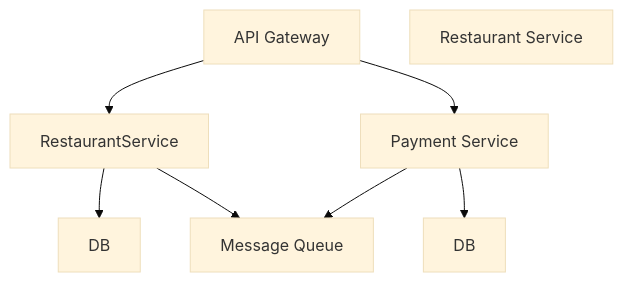
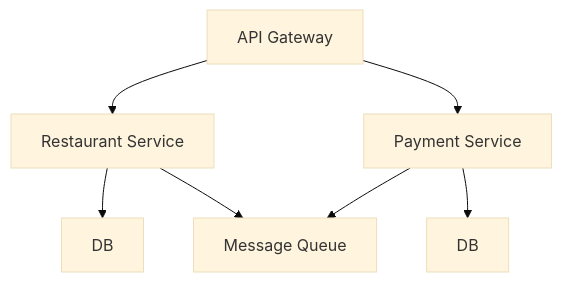
The diagram in README.md (mrtnstl/mrtnstl), drawn with Mermaid (base theme) before and after one commit. The commit also changed other lines of this file, not shown here.

````diff
--- a/README.md
+++ b/README.md
@@ -7,21 +7,20 @@
 ```mermaid
 graph TB
     
     APIGateway[API Gateway]
-    RestaurantSercive[Restaurant Service]
+    RestaurantService[Restaurant Service]
     RestaurantDB[DB]
     PaymentService[Payment Service]
     PaymentDB[DB]
     MessageQueue[Message Queue]
 
     APIGateway --> RestaurantService
     APIGateway --> PaymentService
 
     RestaurantService --> RestaurantDB
     PaymentService --> PaymentDB
 
     RestaurantService --> MessageQueue
     PaymentService --> MessageQueue
 
-   
 ```
````
